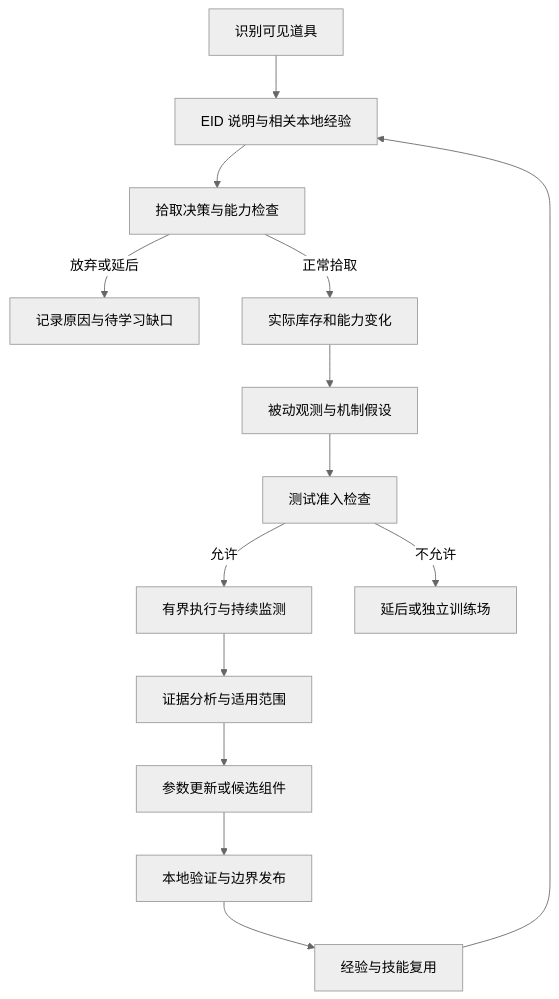
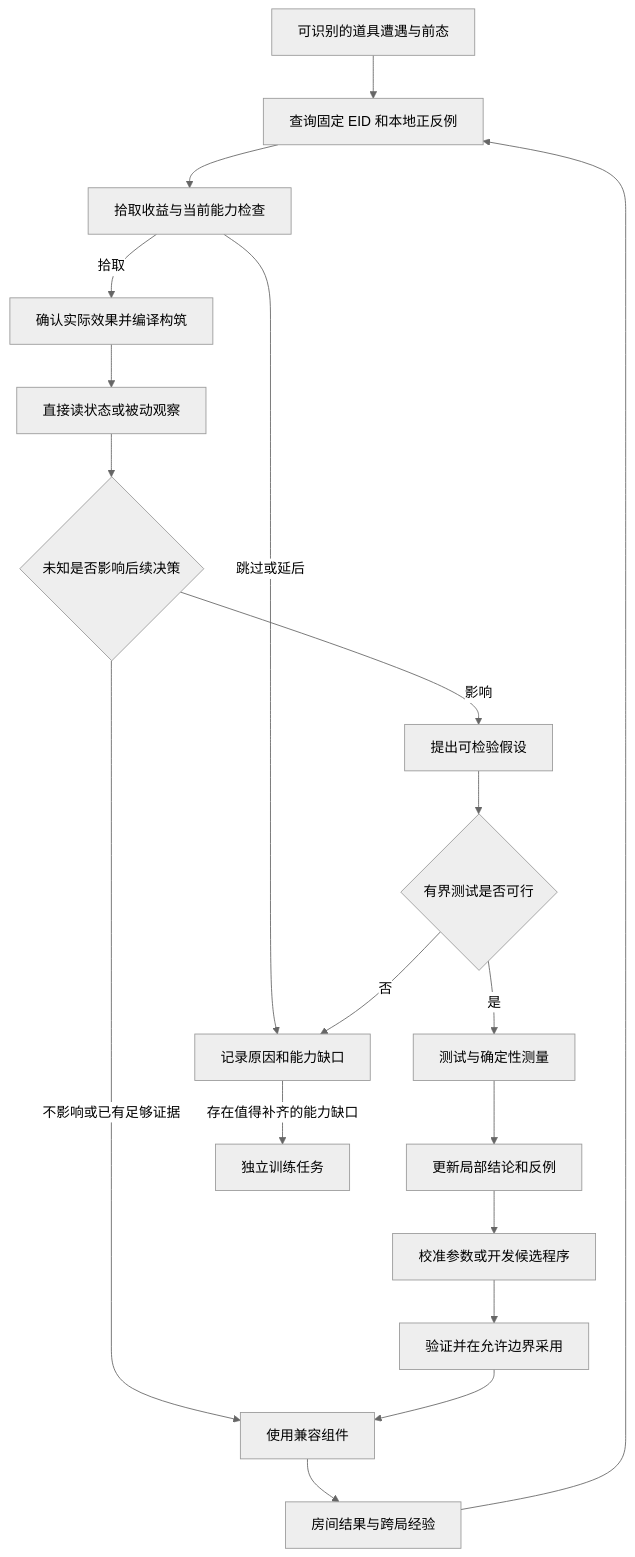
Before and after one commit to caeluswu/ai-issac: the diagram in docs/eid-local-learning-plan.zh-CN.md, drawn with Mermaid (neutral theme). The commit also changed other lines of this file and 1 other file, not shown here.

Commit message:
docs: track collaboration guidelines and redesign EID learning plan

````diff
--- a/docs/eid-local-learning-plan.zh-CN.md
+++ b/docs/eid-local-learning-plan.zh-CN.md
@@ -41,16 +69,21 @@
 ```mermaid
 flowchart TD
-  E[识别可见道具] --> K[EID 说明与相关本地经验]
-  K --> D[拾取决策与能力检查]
-  D -->|放弃或延后| R[记录原因与待学习缺口]
-  D -->|正常拾取| O[实际库存和能力变化]
-  O --> H[被动观测与机制假设]
-  H --> G[测试准入检查]
-  G -->|允许| T[有界执行与持续监测]
-  G -->|不允许| U[延后或独立训练场]
-  T --> A[证据分析与适用范围]
-  A --> P[参数更新或候选组件]
-  P --> V[本地验证与边界发布]
-  V --> M[经验与技能复用]
-  M --> K
+  A[可识别的道具遭遇与前态] --> B[查询固定 EID 和本地正反例]
+  B --> C[拾取收益与当前能力检查]
+  C -->|跳过或延后| D[记录原因和能力缺口]
+  C -->|拾取| E[确认实际效果并编译构筑]
+  E --> F[直接读状态或被动观察]
+  F --> G{未知是否影响后续决策}
+  G -->|不影响或已有足够证据| H[使用兼容组件]
+  G -->|影响| I[提出可检验假设]
+  I --> J{有界测试是否可行}
+  J -->|否| D
+  J -->|是| K[测试与确定性测量]
+  K --> L[更新局部结论和反例]
+  L --> M[校准参数或开发候选程序]
+  M --> N[验证并在允许边界采用]
+  N --> H
+  D -->|存在值得补齐的能力缺口| O[独立训练任务]
+  H --> P[房间结果与跨局经验]
+  P --> B
 ```
````
